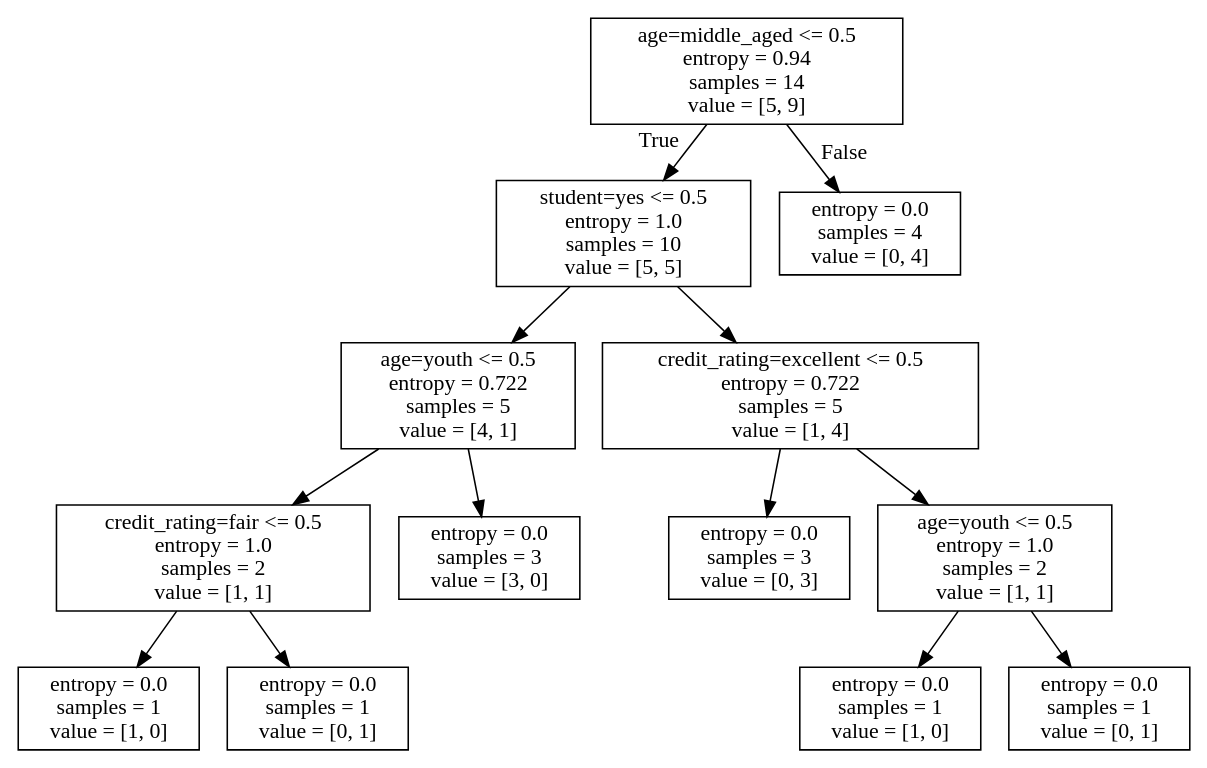
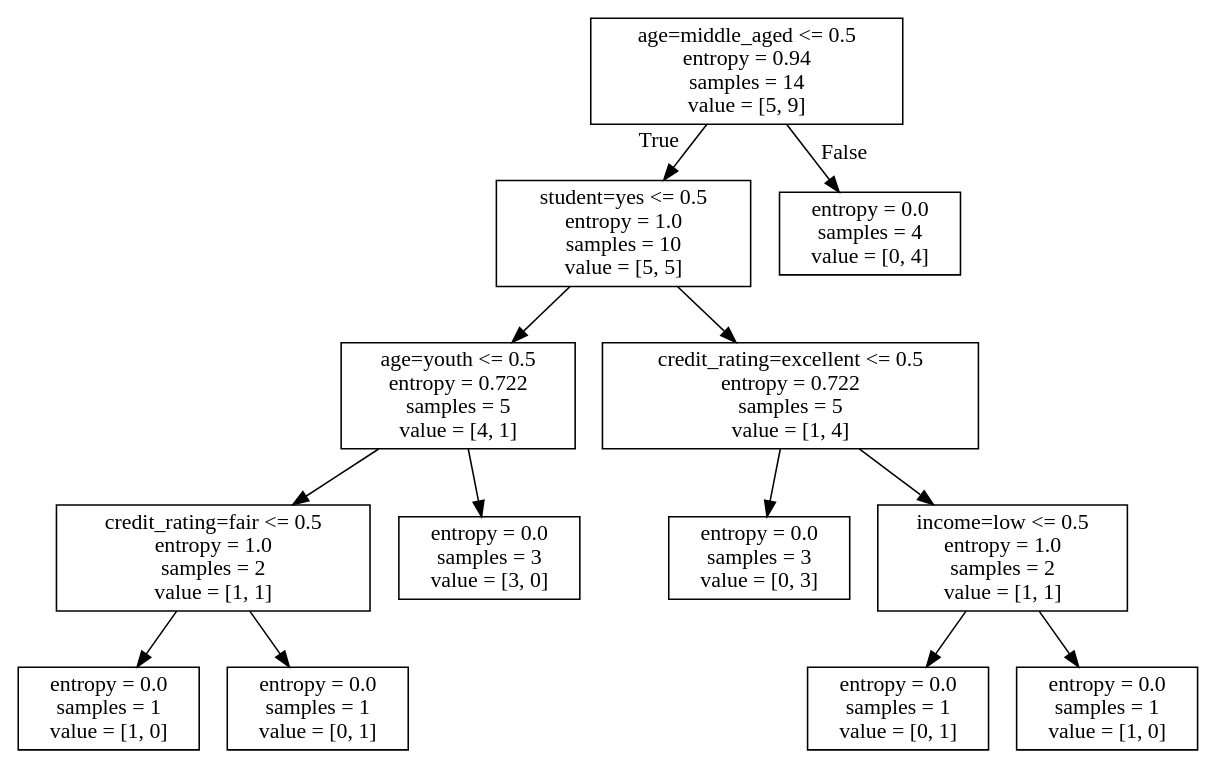
One commit to QQ1134614268/PythonTemplate changed the diagram in DecisionTree/allElectronicInformationGainOri.dot. Above: the diagram before and after it, drawn with Graphviz. The commit also changed 9 other files, not shown here.

```diff
--- a/DecisionTree/allElectronicInformationGainOri.dot
+++ b/DecisionTree/allElectronicInformationGainOri.dot
@@ -1,28 +1,28 @@
 digraph Tree {
 node [shape=box] ;
 0 [label="age=middle_aged <= 0.5\nentropy = 0.94\nsamples = 14\nvalue = [5, 9]"] ;
 1 [label="student=yes <= 0.5\nentropy = 1.0\nsamples = 10\nvalue = [5, 5]"] ;
 0 -> 1 [labeldistance=2.5, labelangle=45, headlabel="True"] ;
 2 [label="age=youth <= 0.5\nentropy = 0.722\nsamples = 5\nvalue = [4, 1]"] ;
 1 -> 2 ;
 3 [label="credit_rating=fair <= 0.5\nentropy = 1.0\nsamples = 2\nvalue = [1, 1]"] ;
 2 -> 3 ;
 4 [label="entropy = 0.0\nsamples = 1\nvalue = [1, 0]"] ;
 3 -> 4 ;
 5 [label="entropy = 0.0\nsamples = 1\nvalue = [0, 1]"] ;
 3 -> 5 ;
 6 [label="entropy = 0.0\nsamples = 3\nvalue = [3, 0]"] ;
 2 -> 6 ;
 7 [label="credit_rating=excellent <= 0.5\nentropy = 0.722\nsamples = 5\nvalue = [1, 4]"] ;
 1 -> 7 ;
 8 [label="entropy = 0.0\nsamples = 3\nvalue = [0, 3]"] ;
 7 -> 8 ;
-9 [label="age=youth <= 0.5\nentropy = 1.0\nsamples = 2\nvalue = [1, 1]"] ;
+9 [label="income=low <= 0.5\nentropy = 1.0\nsamples = 2\nvalue = [1, 1]"] ;
 7 -> 9 ;
-10 [label="entropy = 0.0\nsamples = 1\nvalue = [1, 0]"] ;
+10 [label="entropy = 0.0\nsamples = 1\nvalue = [0, 1]"] ;
 9 -> 10 ;
-11 [label="entropy = 0.0\nsamples = 1\nvalue = [0, 1]"] ;
+11 [label="entropy = 0.0\nsamples = 1\nvalue = [1, 0]"] ;
 9 -> 11 ;
 12 [label="entropy = 0.0\nsamples = 4\nvalue = [0, 4]"] ;
 0 -> 12 [labeldistance=2.5, labelangle=-45, headlabel="False"] ;
 }
```
